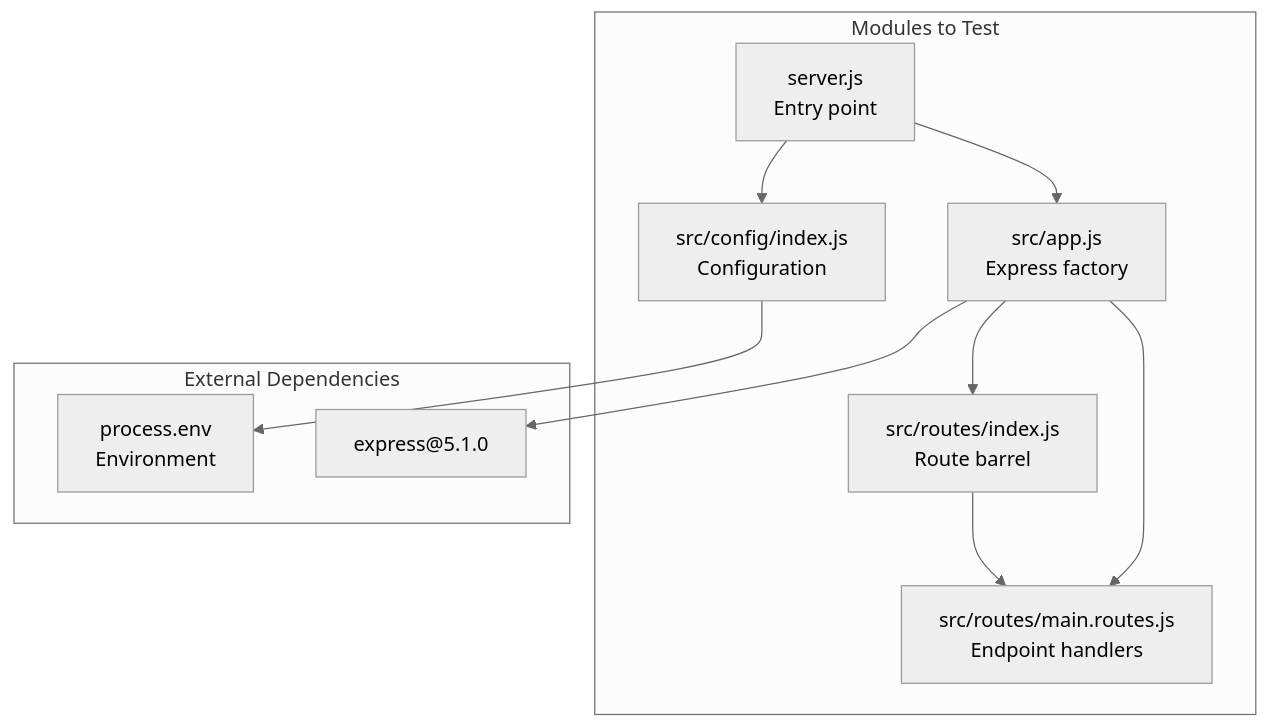
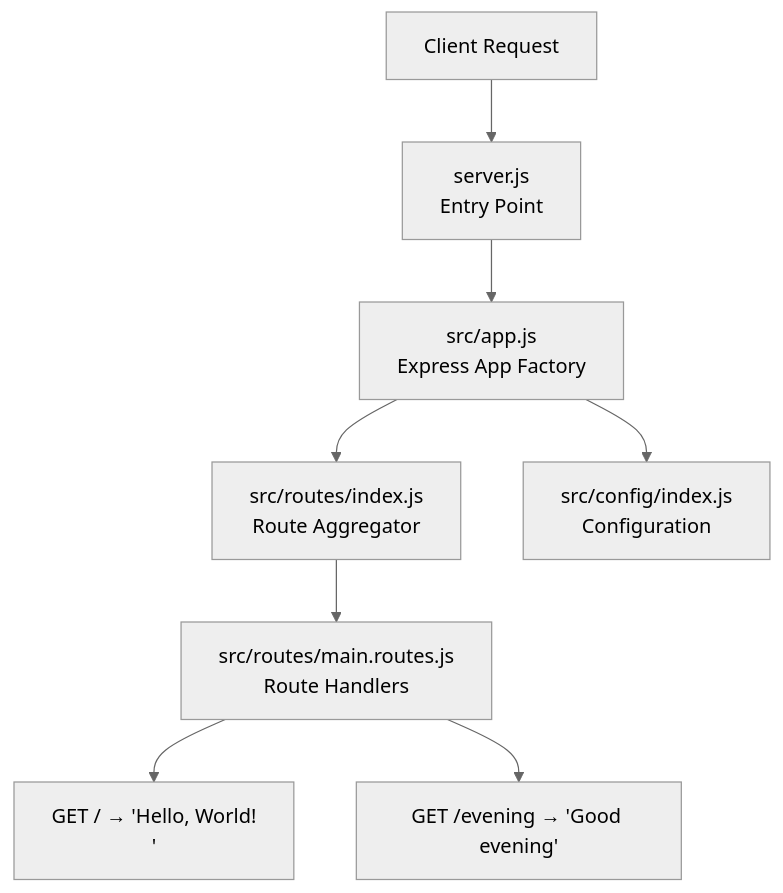
The first of 3 diagrams in blitzy/documentation/Technical Specifications.md (sudhanshu-spec/test-spec), drawn with Mermaid (neutral theme) before and after one commit. The commit also changed other lines of this file, not shown here.

````diff
--- a/blitzy/documentation/Technical Specifications.md
+++ b/blitzy/documentation/Technical Specifications.md
@@ -174,23 +68,10 @@
 ```mermaid
-flowchart TB
-    subgraph TestTargets["Modules to Test"]
-        ServerJS["server.js<br/>Entry point"]
-        AppJS["src/app.js<br/>Express factory"]
-        ConfigJS["src/config/index.js<br/>Configuration"]
-        MainRoutes["src/routes/main.routes.js<br/>Endpoint handlers"]
-        RouteIndex["src/routes/index.js<br/>Route barrel"]
-    end
-    
-    subgraph Dependencies["External Dependencies"]
-        Express["express@5.1.0"]
-        ProcessEnv["process.env<br/>Environment"]
-    end
-    
-    ServerJS --> AppJS
-    ServerJS --> ConfigJS
-    AppJS --> MainRoutes
-    AppJS --> RouteIndex
-    RouteIndex --> MainRoutes
-    AppJS --> Express
-    ConfigJS --> ProcessEnv
+graph TD
+    A[Client Request] --> B[server.js<br/>Entry Point]
+    B --> C[src/app.js<br/>Express App Factory]
+    C --> D[src/routes/index.js<br/>Route Aggregator]
+    D --> E[src/routes/main.routes.js<br/>Route Handlers]
+    E --> F["GET / → 'Hello, World!\n'"]
+    E --> G["GET /evening → 'Good evening'"]
+    C --> H[src/config/index.js<br/>Configuration]
 ```
````
